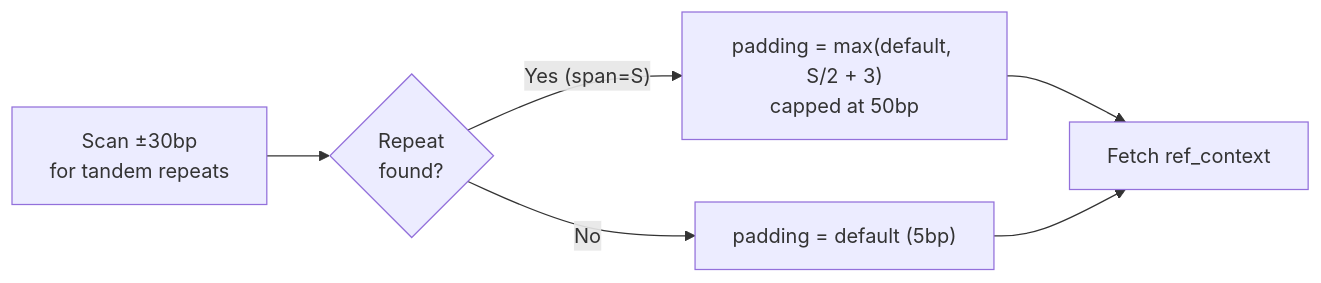
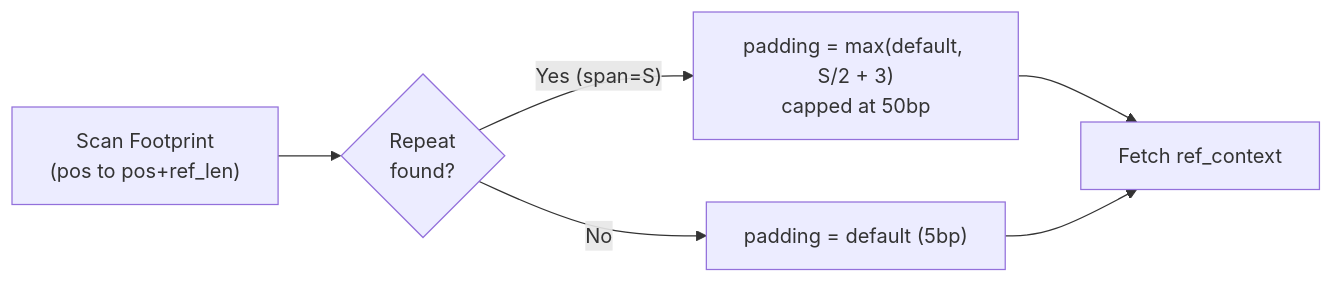
Before and after one commit to msk-access/py-gbcms: the fourth of 6 diagrams in docs/reference/variant-normalization.md, drawn with Mermaid. The commit also changed other lines of this file and 3 other files, not shown here.

````diff
--- a/docs/reference/variant-normalization.md
+++ b/docs/reference/variant-normalization.md
@@ -125,8 +130,8 @@
 ```mermaid
 flowchart LR
-    Scan["Scan ±30bp\nfor tandem repeats"] --> Detect{"Repeat\nfound?"}
+    Scan["Scan Footprint\n(pos to pos+ref_len)"] --> Detect{"Repeat\nfound?"}
     Detect -- "Yes (span=S)" --> Formula["padding = max(default, S/2 + 3)\ncapped at 50bp"]
     Detect -- "No" --> Default["padding = default (5bp)"]
     Formula --> Fetch["Fetch ref_context"]
     Default --> Fetch
 ```
````
